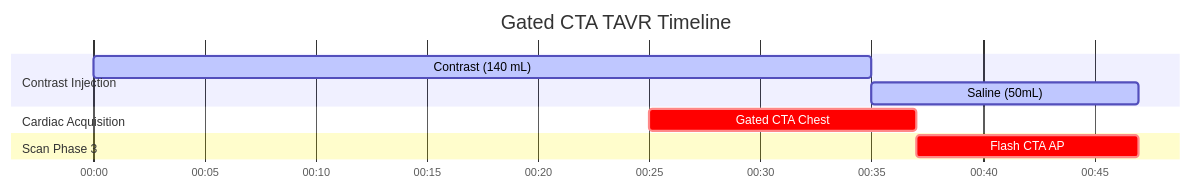
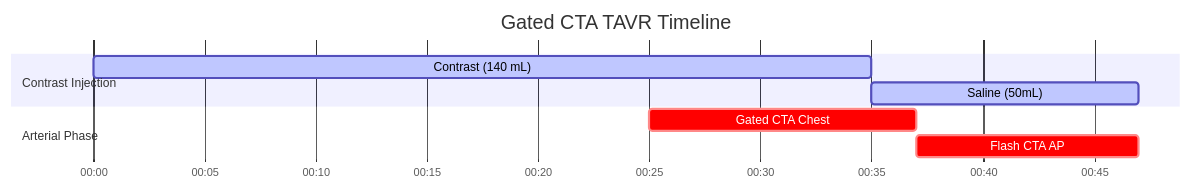
The diagram in docs/ct/cardiac/gated-cta-tavr.md (dfergs93/radiology-protocols), drawn with Mermaid before and after one commit. The commit also changed other lines of this file and 79 other files, not shown here.

````diff
--- a/docs/ct/cardiac/gated-cta-tavr.md
+++ b/docs/ct/cardiac/gated-cta-tavr.md
@@ -84,18 +84,18 @@
   ```mermaid
   ---
   config:
     theme: default
   ---
     gantt
       title Gated CTA TAVR Timeline
       dateFormat mm:ss
       axisFormat %M:%S 
       
       section Contrast Injection
       Contrast (140 mL)    :active, contrast, 00:00, 35s
       Saline (50mL)          :active, saline, after contrast, 12s
-      section Cardiac Acquisition
-      Gated CTA Chest    :crit, scan2, 00:25, 12s
-      section Scan Phase 3
-      Flash CTA AP    :crit, scan3, after scan1, 10s
+      section Arterial Phase
+      Gated CTA Chest    :crit, scan1, 00:25, 12s
+      section Arterial Phase
+      Flash CTA AP    :crit, scan2, after scan1, 10s
   ```
````
